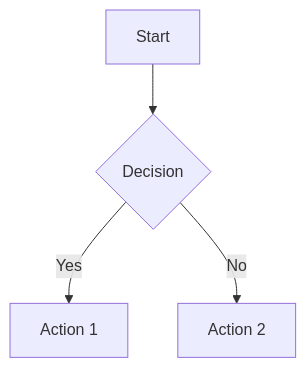
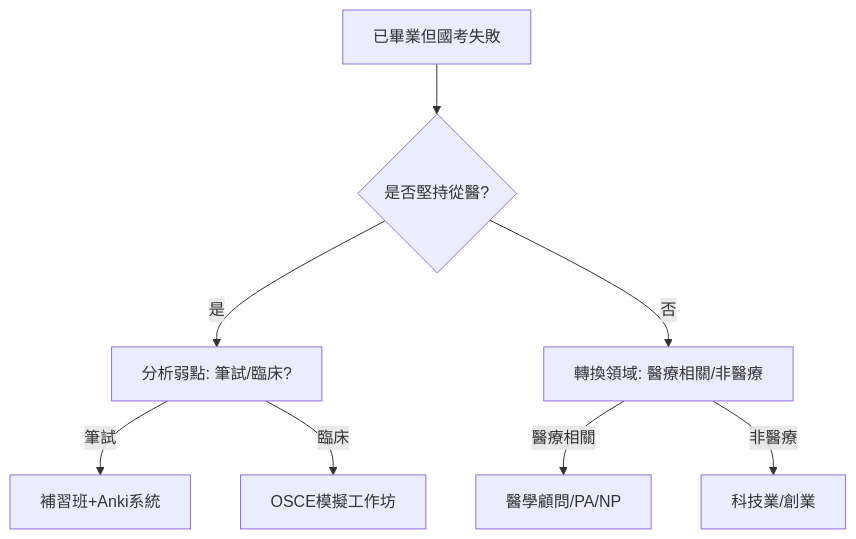
One commit to BruceChen034020/2025TWMLE changed the second of 2 diagrams in README.md. Above: the diagram before and after it, drawn with Mermaid. The commit also changed other lines of this file, not shown here.

```diff
--- a/README.md
+++ b/README.md
@@ -869,6 +924,10 @@
 <div class='mermaid'>
 graph TD
-    A[Start] --> B{Decision}
-    B -->|Yes| C[Action 1]
-    B -->|No| D[Action 2]
+    A[已畢業但國考失敗] --> B{是否堅持從醫?}
+    B -->|是| C[分析弱點: 筆試/臨床?]
+    C -->|筆試| D[補習班+Anki系統]
+    C -->|臨床| E[OSCE模擬工作坊]
+    B -->|否| F[轉換領域: 醫療相關/非醫療]
+    F -->|醫療相關| G[醫學顧問/PA/NP]
+    F -->|非醫療| H[科技業/創業]
 </div>
```
